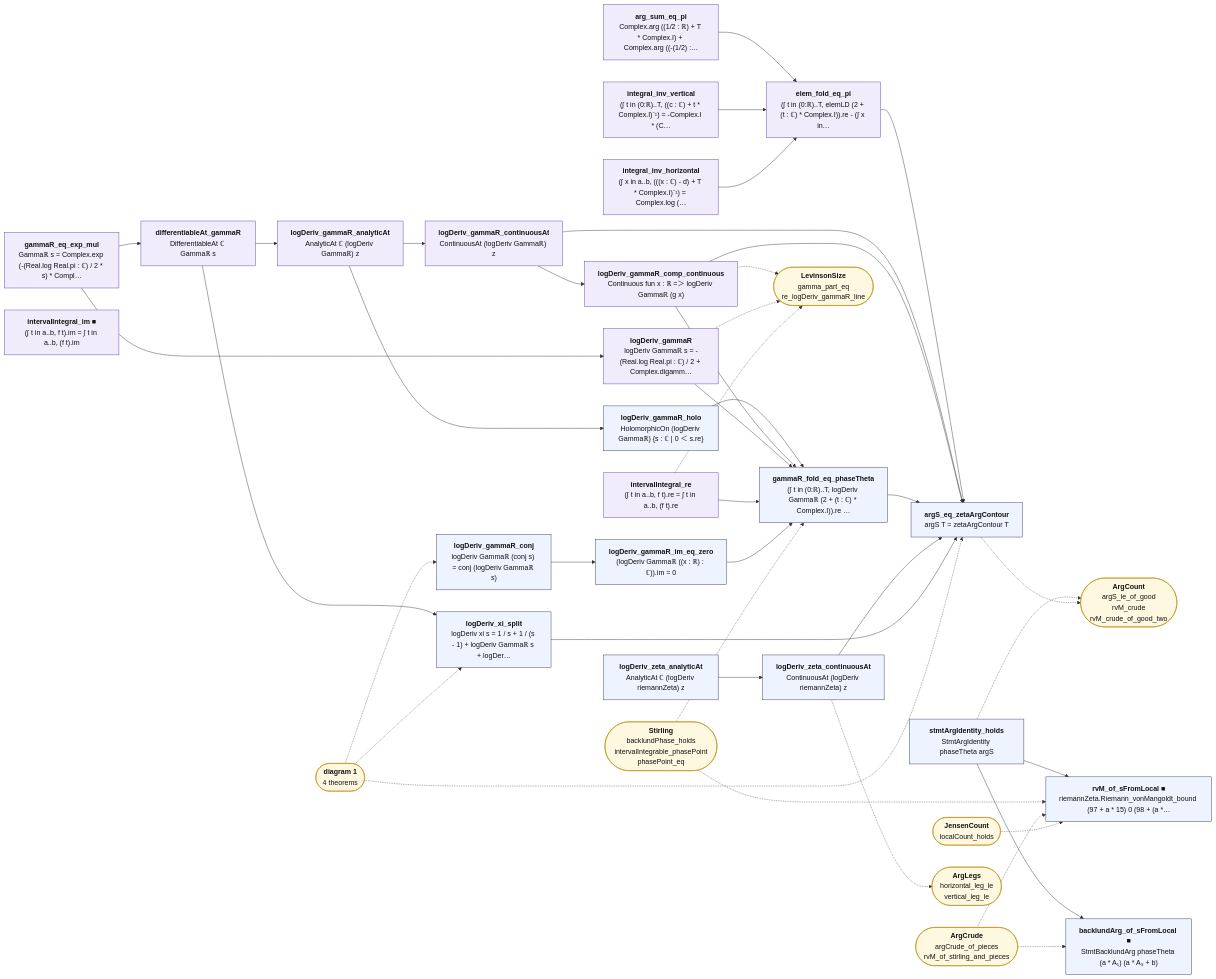
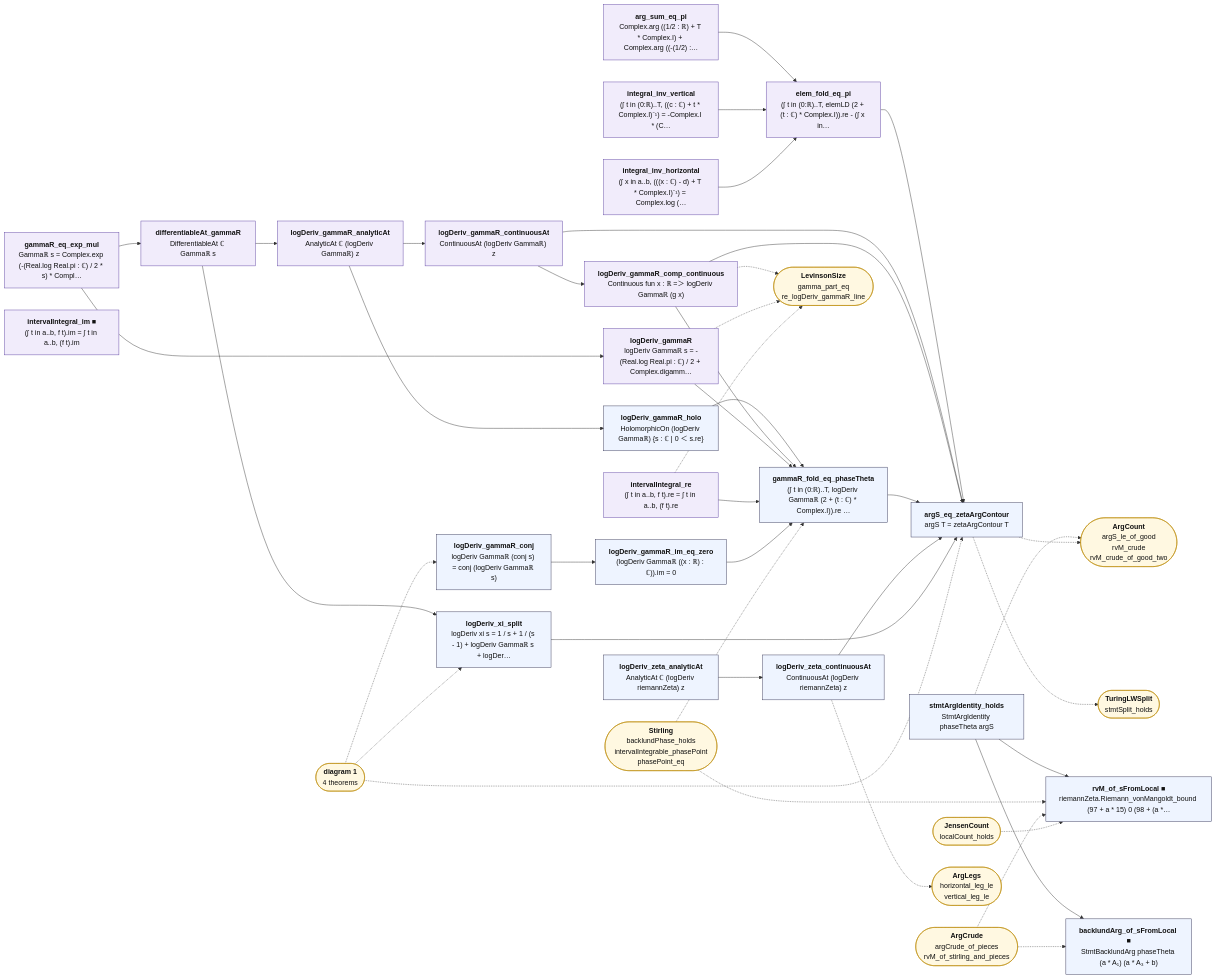
Before and after one commit to juliansambranojr/Primebeat_081426: the diagram in map/lean_stage3/ArgIdentity.2.mmd, drawn with Mermaid. The commit also changed 28 other files, not shown here.

```diff
--- a/map/lean_stage3/ArgIdentity.2.mmd
+++ b/map/lean_stage3/ArgIdentity.2.mmd
@@ -1,78 +1,80 @@
 flowchart LR
   n0["<b>gammaR_eq_exp_mul</b><br/>Gammaℝ s = Complex.exp (-(Real.log Real.pi : ℂ) / 2 * s) * Compl…"]:::shp
   n1["<b>differentiableAt_gammaR</b><br/>DifferentiableAt ℂ Gammaℝ s"]:::shp
   n2["<b>logDeriv_gammaR</b><br/>logDeriv Gammaℝ s = -(Real.log Real.pi : ℂ) / 2 + Complex.digamm…"]:::shp
   n3["<b>logDeriv_xi_split</b><br/>logDeriv xi s = 1 / s + 1 / (s - 1) + logDeriv Gammaℝ s + logDer…"]:::thm
   n4["<b>intervalIntegral_re</b><br/>(∫ t in a..b, f t).re = ∫ t in a..b, (f t).re"]:::shp
   n5["<b>intervalIntegral_im ■</b><br/>(∫ t in a..b, f t).im = ∫ t in a..b, (f t).im"]:::shp
   n6["<b>logDeriv_gammaR_conj</b><br/>logDeriv Gammaℝ (conj s) = conj (logDeriv Gammaℝ s)"]:::thm
   n7["<b>logDeriv_gammaR_im_eq_zero</b><br/>(logDeriv Gammaℝ ((x : ℝ) : ℂ)).im = 0"]:::thm
   n8["<b>integral_inv_vertical</b><br/>(∫ t in (0:ℝ)..T, ((c : ℂ) + t * Complex.I)⁻¹) = -Complex.I * (C…"]:::shp
   n9["<b>integral_inv_horizontal</b><br/>(∫ x in a..b, (((x : ℂ) - d) + T * Complex.I)⁻¹) = Complex.log (…"]:::shp
   n10["<b>arg_sum_eq_pi</b><br/>Complex.arg ((1/2 : ℝ) + T * Complex.I) + Complex.arg ((-(1/2) :…"]:::shp
   n11["<b>elem_fold_eq_pi</b><br/>(∫ t in (0:ℝ)..T, elemLD (2 + (t : ℂ) * Complex.I)).re - (∫ x in…"]:::shp
   n12["<b>logDeriv_gammaR_analyticAt</b><br/>AnalyticAt ℂ (logDeriv Gammaℝ) z"]:::shp
   n13["<b>logDeriv_gammaR_continuousAt</b><br/>ContinuousAt (logDeriv Gammaℝ) z"]:::shp
   n14["<b>logDeriv_gammaR_holo</b><br/>HolomorphicOn (logDeriv Gammaℝ) {s : ℂ | 0 ＜ s.re}"]:::thm
   n15["<b>logDeriv_gammaR_comp_continuous</b><br/>Continuous fun x : ℝ =＞ logDeriv Gammaℝ (g x)"]:::shp
   n16["<b>gammaR_fold_eq_phaseTheta</b><br/>(∫ t in (0:ℝ)..T, logDeriv Gammaℝ (2 + (t : ℂ) * Complex.I)).re …"]:::thm
   n17["<b>stmtArgIdentity_holds</b><br/>StmtArgIdentity phaseTheta argS"]:::thm
   n18["<b>backlundArg_of_sFromLocal ■</b><br/>StmtBacklundArg phaseTheta (a * A₁) (a * A₃ + b)"]:::thm
   n19["<b>rvM_of_sFromLocal ■</b><br/>riemannZeta.Riemann_vonMangoldt_bound (97 + a * 15) 0 (98 + (a *…"]:::thm
   n20["<b>logDeriv_zeta_analyticAt</b><br/>AnalyticAt ℂ (logDeriv riemannZeta) z"]:::thm
   n21["<b>logDeriv_zeta_continuousAt</b><br/>ContinuousAt (logDeriv riemannZeta) z"]:::thm
   n22["<b>argS_eq_zetaArgContour</b><br/>argS T = zetaArgContour T"]:::thm
   x0(["<b>LevinsonSize</b><br/>gamma_part_eq<br/>re_logDeriv_gammaR_line"]):::ext
   x1(["<b>diagram 1</b><br/>4 theorems"]):::ext
   x2(["<b>Stirling</b><br/>backlundPhase_holds<br/>intervalIntegrable_phasePoint<br/>phasePoint_eq"]):::ext
   x3(["<b>ArgCount</b><br/>argS_le_of_good<br/>rvM_crude<br/>rvM_crude_of_good_two"]):::ext
   x4(["<b>ArgCrude</b><br/>argCrude_of_pieces<br/>rvM_of_stirling_and_pieces"]):::ext
   x5(["<b>JensenCount</b><br/>localCount_holds"]):::ext
   x6(["<b>ArgLegs</b><br/>horizontal_leg_le<br/>vertical_leg_le"]):::ext
+  x7(["<b>TuringLWSplit</b><br/>stmtSplit_holds"]):::ext
   n0 --> n1
   n0 --> n2
   n1 --> n12
   n1 --> n3
   n10 --> n11
   n11 --> n22
   n12 --> n13
   n12 --> n14
   n13 --> n15
   n13 --> n22
   n14 --> n16
   n15 --> n16
   n15 --> n22
   n16 --> n22
   n17 --> n18
   n17 --> n19
   n2 --> n16
   n20 --> n21
   n21 --> n22
   n3 --> n22
   n4 --> n16
   n6 --> n7
   n7 --> n16
   n8 --> n11
   n9 --> n11
   n15 -.-> x0
   n17 -.-> x3
   n2 -.-> x0
   n21 -.-> x6
   n22 -.-> x3
+  n22 -.-> x7
   n4 -.-> x0
   x1 -.-> n22
   x1 -.-> n3
   x1 -.-> n6
   x2 -.-> n16
   x2 -.-> n19
   x4 -.-> n18
   x4 -.-> n19
   x5 -.-> n19
   classDef cnt fill:#dff5ec,stroke:#17694a,color:#111
   classDef shp fill:#f1ecfb,stroke:#5b3fa0,color:#111
   classDef rh fill:#ffe5e5,stroke:#c22,color:#111,stroke-width:2px
   classDef thm fill:#eef4ff,stroke:#335,color:#111
   classDef end_ fill:#e7f7e7,stroke:#2a7,color:#111,stroke-width:2px
   classDef lone fill:#fff,stroke:#999,color:#111,stroke-dasharray:4 3
   classDef bad fill:#ffe5e5,stroke:#c22,color:#111,stroke-width:2px
   classDef ext fill:#fff8e1,stroke:#b80,color:#111
```
